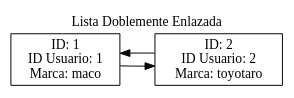
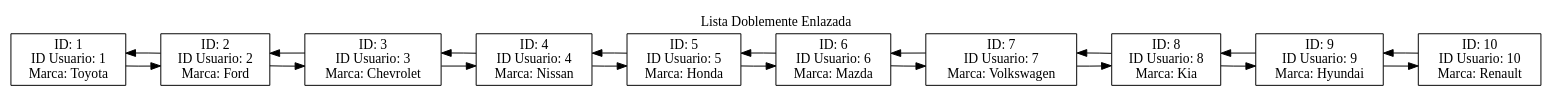
One commit to Farot30/-EDD-1S2025_202307820 changed the diagram in Fase#1/Graficas/ListaDoblementeEnlazada.dot. Above: the diagram before and after it, drawn with Graphviz. The commit also changed 29 other files, not shown here.

```diff
--- a/Fase#1/Graficas/ListaDoblementeEnlazada.dot
+++ b/Fase#1/Graficas/ListaDoblementeEnlazada.dot
@@ -1,11 +1,35 @@
 digraph G {
 label="Lista Doblemente Enlazada";
 labelloc="t";
 rankdir=LR;
 node [shape=record];
-"1" [label="ID: 1\nID Usuario: 1\nMarca: maco"];
+"1" [label="ID: 1\nID Usuario: 1\nMarca: Toyota"];
 "1" -> "2";
 "2" -> "1";
-"2" [label="ID: 2\nID Usuario: 2\nMarca: toyotaro"];
+"2" [label="ID: 2\nID Usuario: 2\nMarca: Ford"];
+"2" -> "3";
+"3" -> "2";
+"3" [label="ID: 3\nID Usuario: 3\nMarca: Chevrolet"];
+"3" -> "4";
+"4" -> "3";
+"4" [label="ID: 4\nID Usuario: 4\nMarca: Nissan"];
+"4" -> "5";
+"5" -> "4";
+"5" [label="ID: 5\nID Usuario: 5\nMarca: Honda"];
+"5" -> "6";
+"6" -> "5";
+"6" [label="ID: 6\nID Usuario: 6\nMarca: Mazda"];
+"6" -> "7";
+"7" -> "6";
+"7" [label="ID: 7\nID Usuario: 7\nMarca: Volkswagen"];
+"7" -> "8";
+"8" -> "7";
+"8" [label="ID: 8\nID Usuario: 8\nMarca: Kia"];
+"8" -> "9";
+"9" -> "8";
+"9" [label="ID: 9\nID Usuario: 9\nMarca: Hyundai"];
+"9" -> "10";
+"10" -> "9";
+"10" [label="ID: 10\nID Usuario: 10\nMarca: Renault"];
 
 }
```
